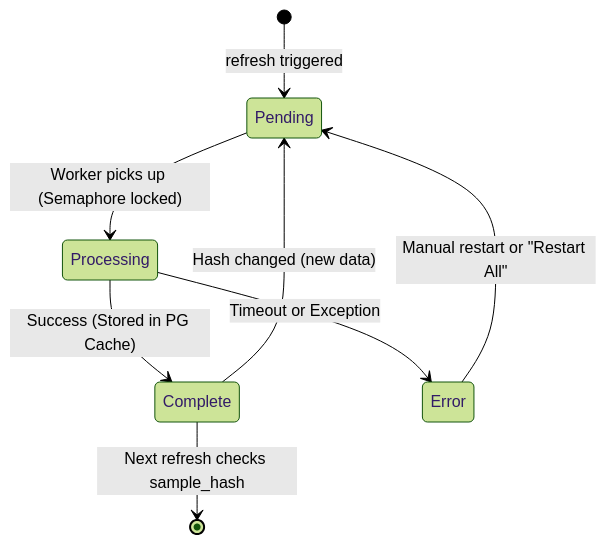
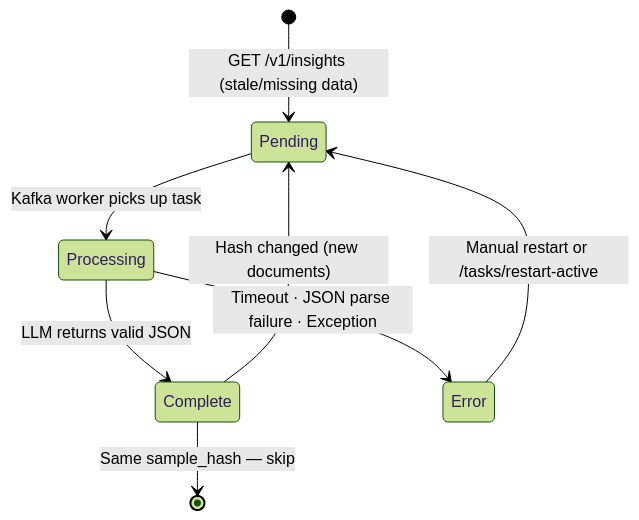
The second of 2 diagrams in README.md (bogdancstrike/rag-poc), drawn with Mermaid (forest theme) before and after one commit. The commit also changed other lines of this file, not shown here.

Commit message:
Add documentation updates: Improve README with expanded architecture diagrams, new API references, task lifecycles, and configuration details.

````diff
--- a/README.md
+++ b/README.md
@@ -160,10 +787,10 @@
 ```mermaid
 stateDiagram-v2
-    [*] --> Pending : refresh triggered
-    Pending --> Processing : Worker picks up (Semaphore locked)
-    Processing --> Complete : Success (Stored in PG Cache)
-    Processing --> Error : Timeout or Exception
-    Complete --> [*] : Next refresh checks sample_hash
-    Complete --> Pending : Hash changed (new data)
-    Error --> Pending : Manual restart or "Restart All"
+    [*] --> Pending : GET /v1/insights (stale/missing data)
+    Pending --> Processing : Kafka worker picks up task
+    Processing --> Complete : LLM returns valid JSON
+    Processing --> Error : Timeout · JSON parse failure · Exception
+    Complete --> [*] : Same sample_hash — skip
+    Complete --> Pending : Hash changed (new documents)
+    Error --> Pending : Manual restart or /tasks/restart-active
 ```
````
